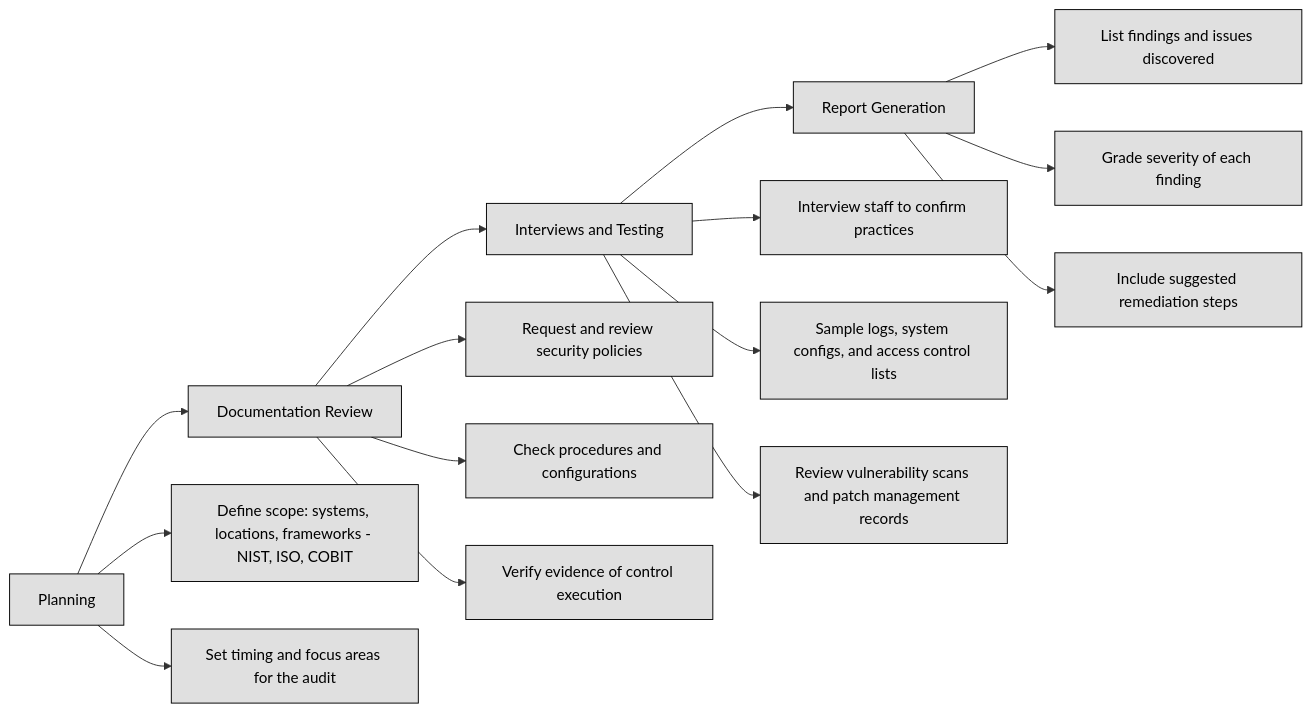
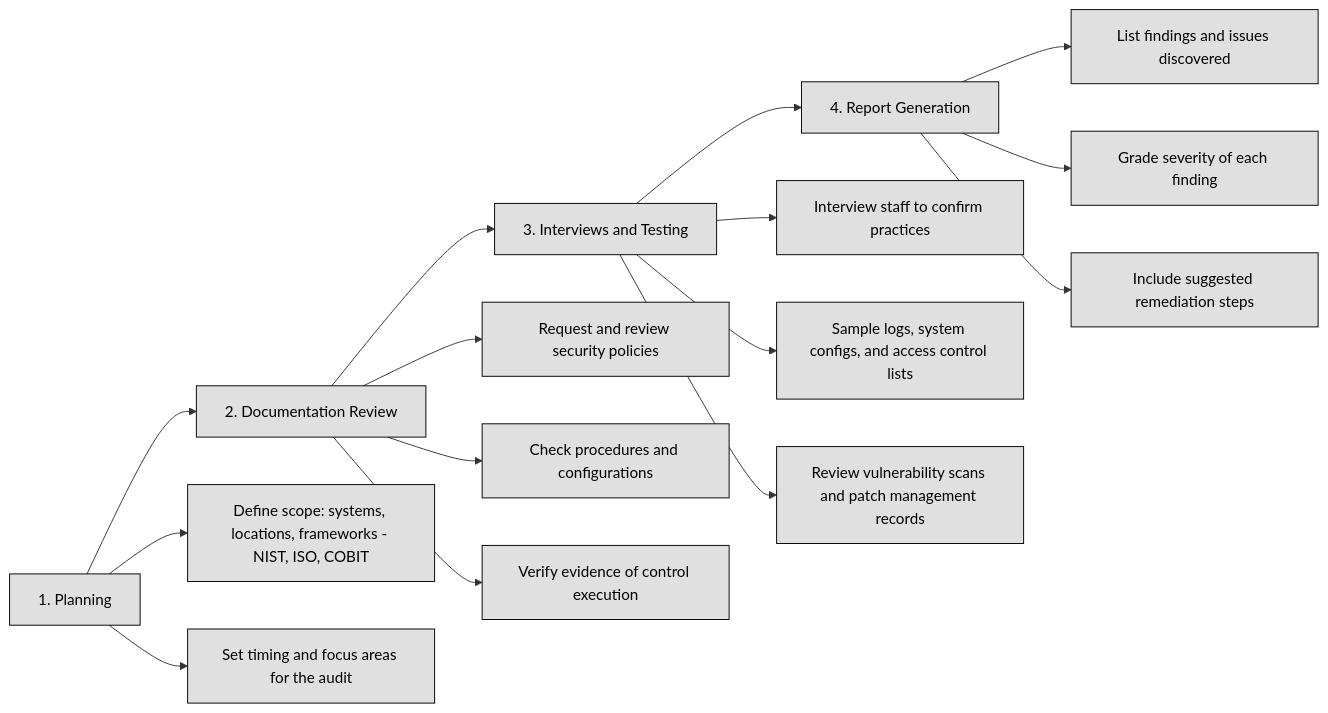
The second of 2 diagrams in DOMAIN6: Security Assessment and Testing/6.5 Conduct or facilitate security audits.md (lorenzoleonelli/CISSP-Zero-to-Hero), drawn with Mermaid before and after one commit.

Commit message:
Update 6.5 Conduct or facilitate security audits.md

````diff
--- a/DOMAIN6: Security Assessment and Testing/6.5 Conduct or facilitate security audits.md
+++ b/DOMAIN6: Security Assessment and Testing/6.5 Conduct or facilitate security audits.md
@@ -115,30 +115,30 @@
 ```mermaid
 flowchart LR
-   A[Planning] --> B[Documentation Review]
-    B --> C[Interviews and Testing]
-    C --> D[Report Generation]
+   A[1. Planning] --> B[2. Documentation Review]
+    B --> C[3. Interviews and Testing]
+    C --> D[4. Report Generation]
 
     A:::step
     B:::step
     C:::step
     D:::step
 
     A --> A1[Define scope: systems, locations, frameworks - NIST, ISO, COBIT]
     A --> A2[Set timing and focus areas for the audit]
 
     B --> B1[Request and review security policies]
     B --> B2[Check procedures and configurations]
     B --> B3[Verify evidence of control execution]
 
     C --> C1[Interview staff to confirm practices]
     C --> C2[Sample logs, system configs, and access control lists]
     C --> C3[Review vulnerability scans and patch management records]
 
     D --> D1[List findings and issues discovered]
     D --> D2[Grade severity of each finding]
     D --> D3[Include suggested remediation steps]
 
 
     classDef center fill:#ffffff,color:#000000,stroke:#000000,stroke-width:1px,font-weight:bold
     classDef node fill:#e0e0e0,color:#000000,stroke:#000000,stroke-width:1px
 ```
````
